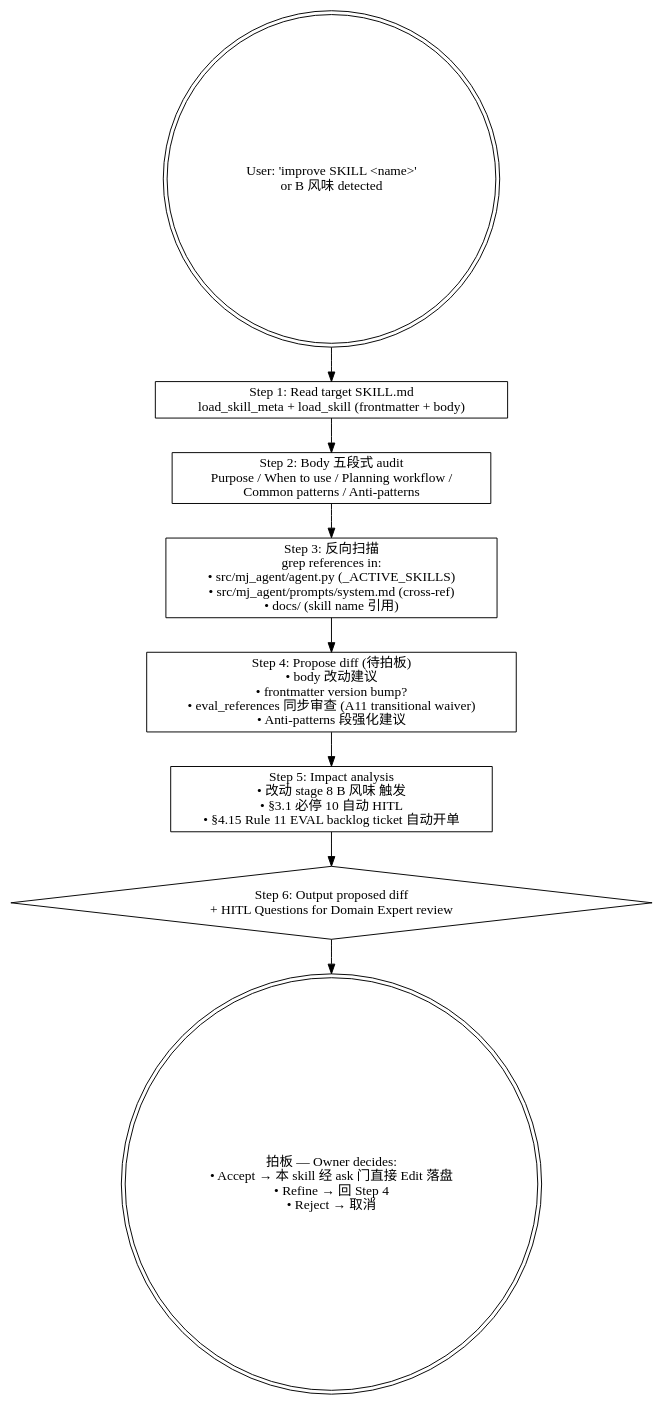
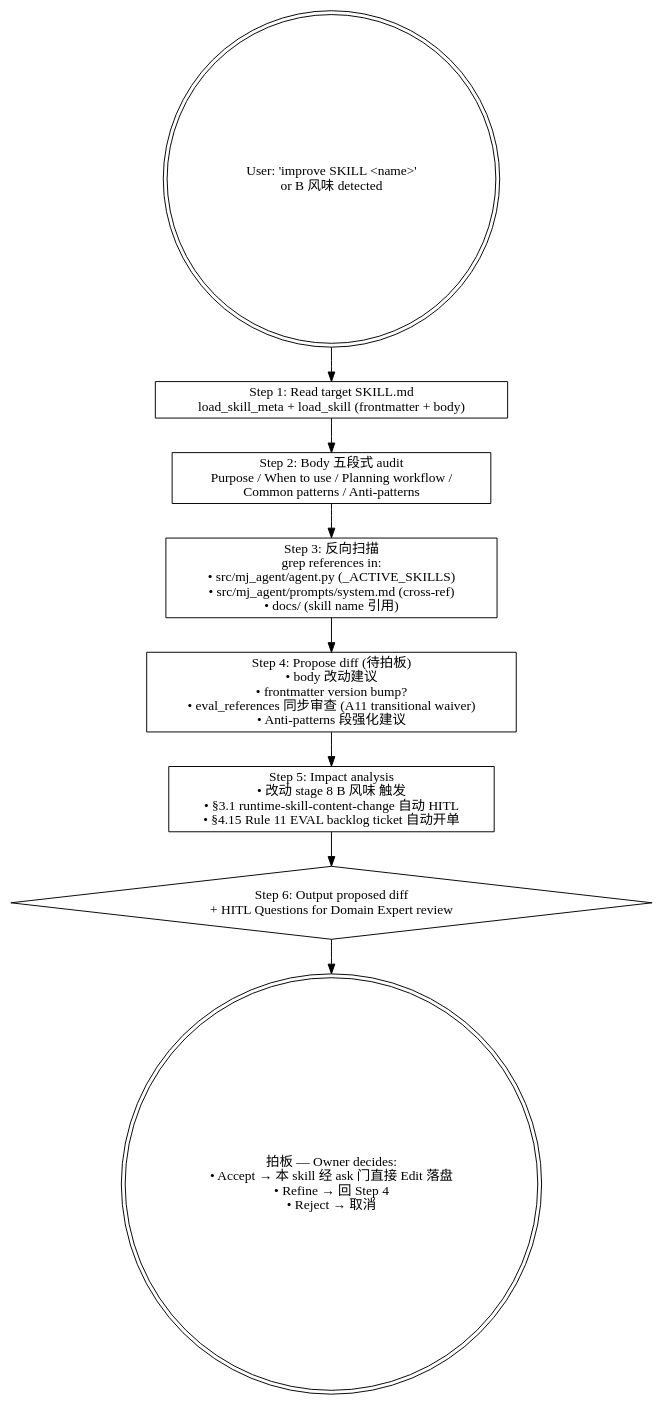
One commit to MJ-AgentLab/mj-agent changed the diagram in .claude/skills/mj-agent-runtime-skill-doc-improve/SKILL.md. Above: the diagram before and after it, drawn with Graphviz. The commit also changed other lines of this file and 20 other files, not shown here.

````diff
--- a/.claude/skills/mj-agent-runtime-skill-doc-improve/SKILL.md
+++ b/.claude/skills/mj-agent-runtime-skill-doc-improve/SKILL.md
@@ -44,22 +44,22 @@
 ```dot
 digraph improve {
   rankdir=TB;
   start [label="User: 'improve SKILL <name>'\nor B 风味 detected" shape=doublecircle];
 
   s1 [label="Step 1: Read target SKILL.md\nload_skill_meta + load_skill (frontmatter + body)" shape=box];
 
   s2 [label="Step 2: Body 五段式 audit\nPurpose / When to use / Planning workflow /\nCommon patterns / Anti-patterns" shape=box];
 
   s3 [label="Step 3: 反向扫描\ngrep references in:\n• src/mj_agent/agent.py (_ACTIVE_SKILLS)\n• src/mj_agent/prompts/system.md (cross-ref)\n• docs/ (skill name 引用)" shape=box];
 
   s4 [label="Step 4: Propose diff (待拍板)\n• body 改动建议\n• frontmatter version bump?\n• eval_references 同步审查 (A11 transitional waiver)\n• Anti-patterns 段强化建议" shape=box];
 
-  s5 [label="Step 5: Impact analysis\n• 改动 stage 8 B 风味 触发\n• §3.1 必停 10 自动 HITL\n• §4.15 Rule 11 EVAL backlog ticket 自动开单" shape=box];
+  s5 [label="Step 5: Impact analysis\n• 改动 stage 8 B 风味 触发\n• §3.1 runtime-skill-content-change 自动 HITL\n• §4.15 Rule 11 EVAL backlog ticket 自动开单" shape=box];
 
   s6 [label="Step 6: Output proposed diff\n+ HITL Questions for Domain Expert review" shape=diamond];
 
   hitl [label="拍板 — Owner decides:\n• Accept → 本 skill 经 ask 门直接 Edit 落盘\n• Refine → 回 Step 4\n• Reject → 取消" shape=doublecircle];
 
   start -> s1 -> s2 -> s3 -> s4 -> s5 -> s6 -> hitl;
 }
 ```
````
